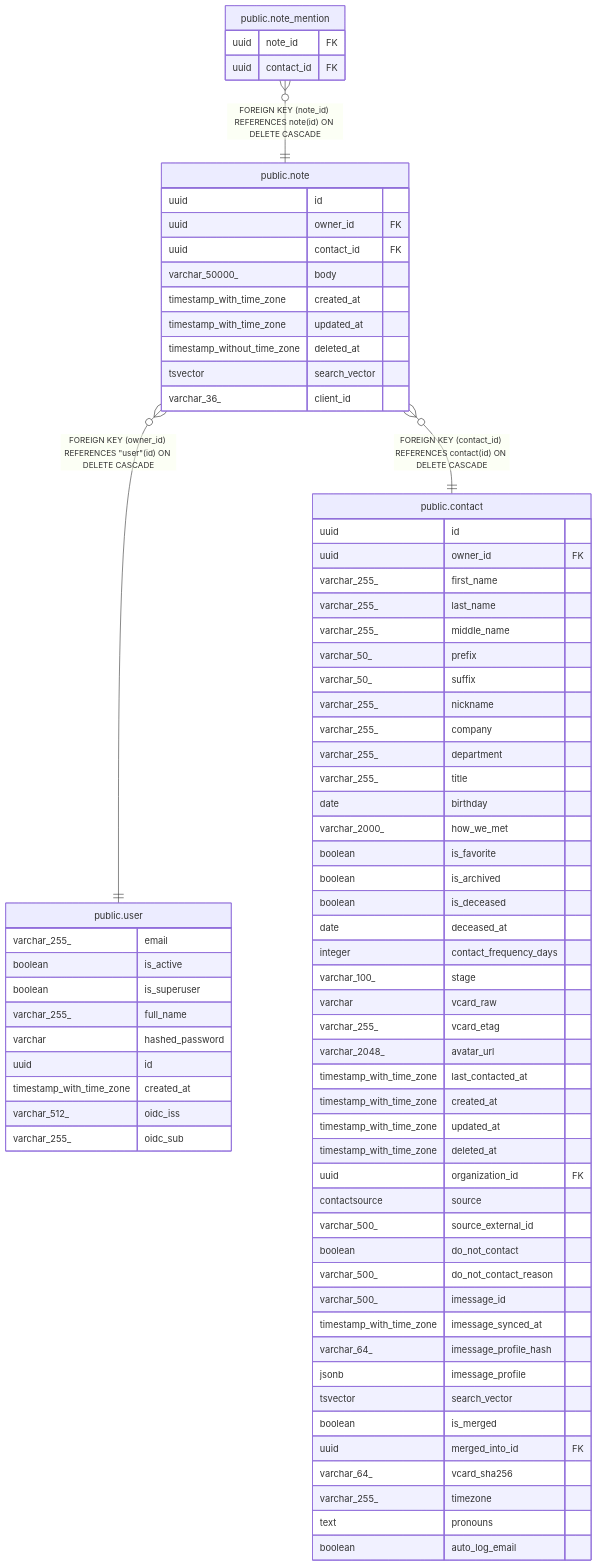
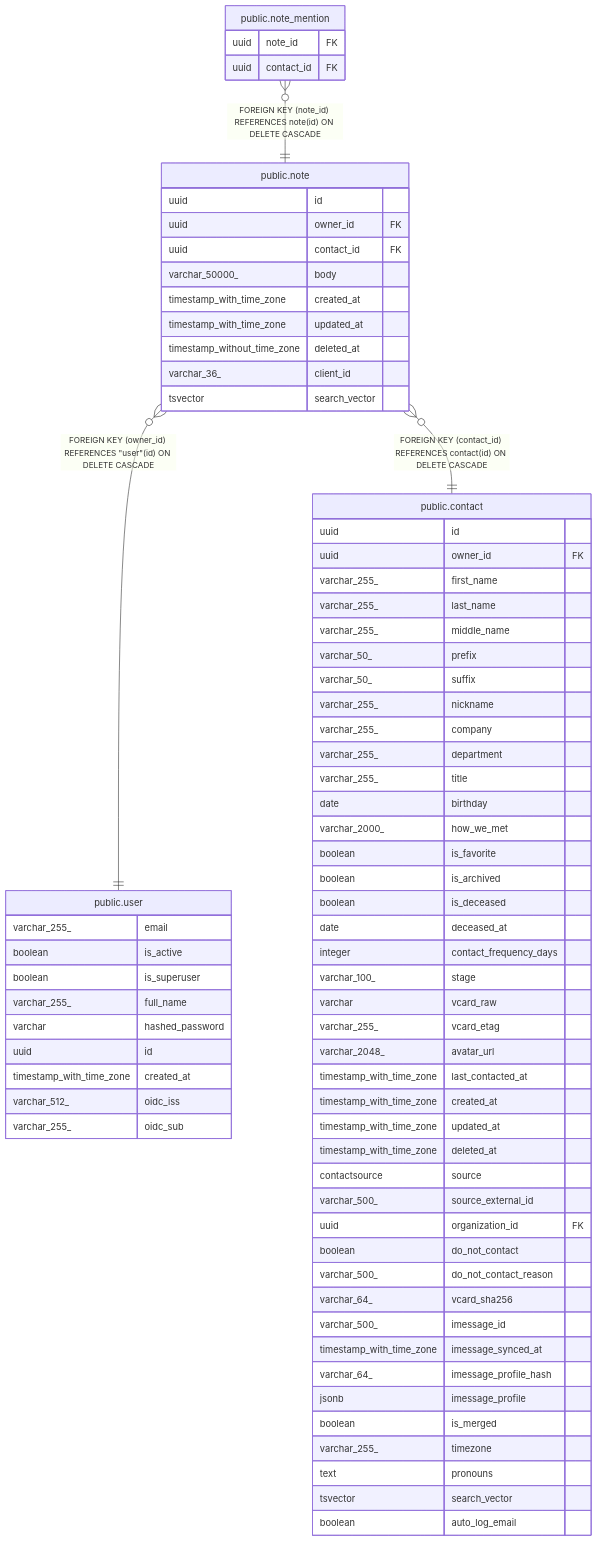
The diagram in docs/db/public.note.md (pike00/Kindred), drawn with Mermaid before and after one commit. The commit also changed 51 other files, not shown here.

````diff
--- a/docs/db/public.note.md
+++ b/docs/db/public.note.md
@@ -55,78 +55,77 @@
 ```mermaid
 erDiagram
 
 "public.note_mention" }o--|| "public.note" : "FOREIGN KEY (note_id) REFERENCES note(id) ON DELETE CASCADE"
 "public.note" }o--|| "public.user" : "FOREIGN KEY (owner_id) REFERENCES #quot;user#quot;(id) ON DELETE CASCADE"
 "public.note" }o--|| "public.contact" : "FOREIGN KEY (contact_id) REFERENCES contact(id) ON DELETE CASCADE"
 
 "public.note" {
   uuid id
   uuid owner_id FK
   uuid contact_id FK
   varchar_50000_ body
   timestamp_with_time_zone created_at
   timestamp_with_time_zone updated_at
   timestamp_without_time_zone deleted_at
+  varchar_36_ client_id
   tsvector search_vector
-  varchar_36_ client_id
 }
 "public.note_mention" {
   uuid note_id FK
   uuid contact_id FK
 }
 "public.user" {
   varchar_255_ email
   boolean is_active
   boolean is_superuser
   varchar_255_ full_name
   varchar hashed_password
   uuid id
   timestamp_with_time_zone created_at
   varchar_512_ oidc_iss
   varchar_255_ oidc_sub
 }
 "public.contact" {
   uuid id
   uuid owner_id FK
   varchar_255_ first_name
   varchar_255_ last_name
   varchar_255_ middle_name
   varchar_50_ prefix
   varchar_50_ suffix
   varchar_255_ nickname
   varchar_255_ company
   varchar_255_ department
   varchar_255_ title
   date birthday
   varchar_2000_ how_we_met
   boolean is_favorite
   boolean is_archived
   boolean is_deceased
   date deceased_at
   integer contact_frequency_days
   varchar_100_ stage
   varchar vcard_raw
   varchar_255_ vcard_etag
   varchar_2048_ avatar_url
   timestamp_with_time_zone last_contacted_at
   timestamp_with_time_zone created_at
   timestamp_with_time_zone updated_at
   timestamp_with_time_zone deleted_at
-  uuid organization_id FK
   contactsource source
   varchar_500_ source_external_id
+  uuid organization_id FK
   boolean do_not_contact
   varchar_500_ do_not_contact_reason
+  varchar_64_ vcard_sha256
   varchar_500_ imessage_id
   timestamp_with_time_zone imessage_synced_at
   varchar_64_ imessage_profile_hash
   jsonb imessage_profile
-  tsvector search_vector
   boolean is_merged
-  uuid merged_into_id FK
-  varchar_64_ vcard_sha256
   varchar_255_ timezone
   text pronouns
+  tsvector search_vector
   boolean auto_log_email
 }
 ```
````
